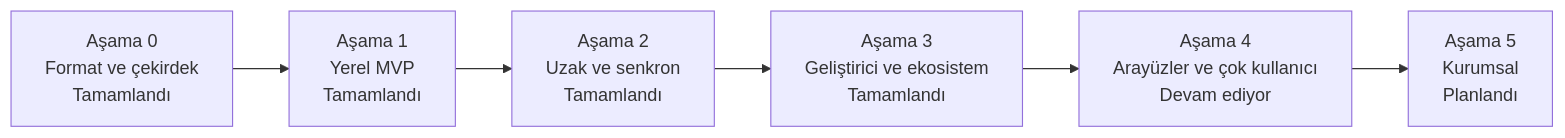
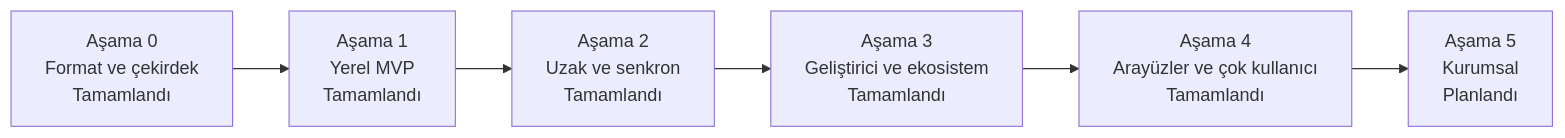
The diagram in docs/ROADMAP.tr.md (efe-clk/apeiron), drawn with Mermaid before and after one commit. The commit also changed other lines of this file and 34 other files, not shown here.

````diff
--- a/docs/ROADMAP.tr.md
+++ b/docs/ROADMAP.tr.md
@@ -11,10 +11,10 @@
 ```mermaid
 flowchart LR
     S0["Aşama 0<br/>Format ve çekirdek<br/>Tamamlandı"]
     S1["Aşama 1<br/>Yerel MVP<br/>Tamamlandı"]
     S2["Aşama 2<br/>Uzak ve senkron<br/>Tamamlandı"]
     S3["Aşama 3<br/>Geliştirici ve ekosistem<br/>Tamamlandı"]
-    S4["Aşama 4<br/>Arayüzler ve çok kullanıcı<br/>Devam ediyor"]
+    S4["Aşama 4<br/>Arayüzler ve çok kullanıcı<br/>Tamamlandı"]
     S5["Aşama 5<br/>Kurumsal<br/>Planlandı"]
     S0 --> S1 --> S2 --> S3 --> S4 --> S5
 ```
````
